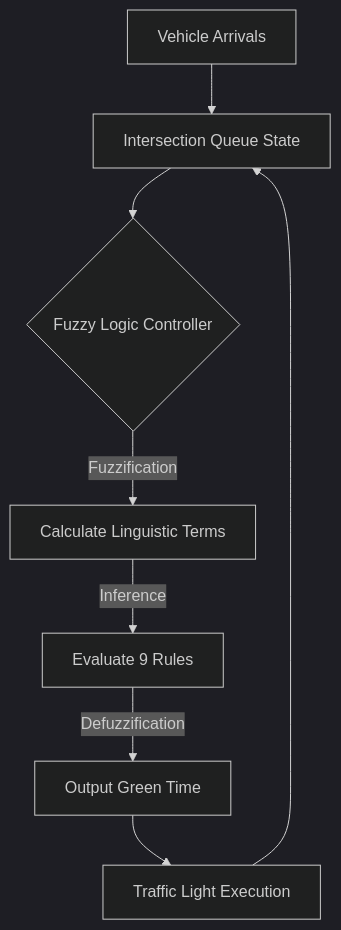
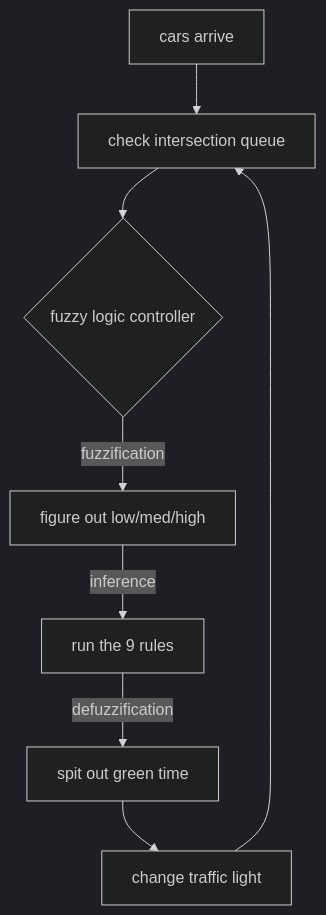
One commit to MiliAxe/fuzzy-traffic-controller changed the diagram in docs/how-it-works.md. Above: the diagram before and after it, drawn with Mermaid (dark theme). The commit also changed other lines of this file and 17 other files, not shown here.

````diff
--- a/docs/how-it-works.md
+++ b/docs/how-it-works.md
@@ -34,10 +34,10 @@
 ```mermaid
 graph TD
-    A[Vehicle Arrivals] --> B[Intersection Queue State]
-    B --> C{Fuzzy Logic Controller}
-    C -->|Fuzzification| D[Calculate Linguistic Terms]
-    D -->|Inference| E[Evaluate 9 Rules]
-    E -->|Defuzzification| F[Output Green Time]
-    F --> G[Traffic Light Execution]
+    A[cars arrive] --> B[check intersection queue]
+    B --> C{fuzzy logic controller}
+    C -->|fuzzification| D[figure out low/med/high]
+    D -->|inference| E[run the 9 rules]
+    E -->|defuzzification| F[spit out green time]
+    F --> G[change traffic light]
     G --> B
 ```
````
